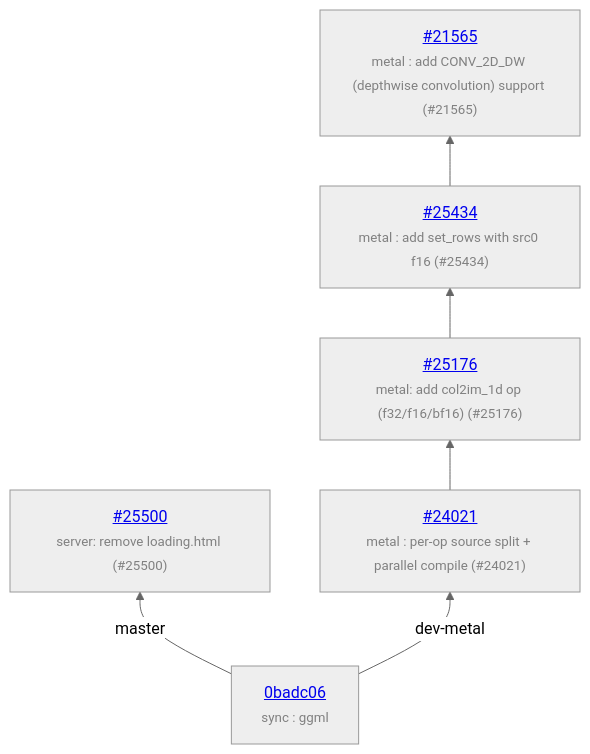
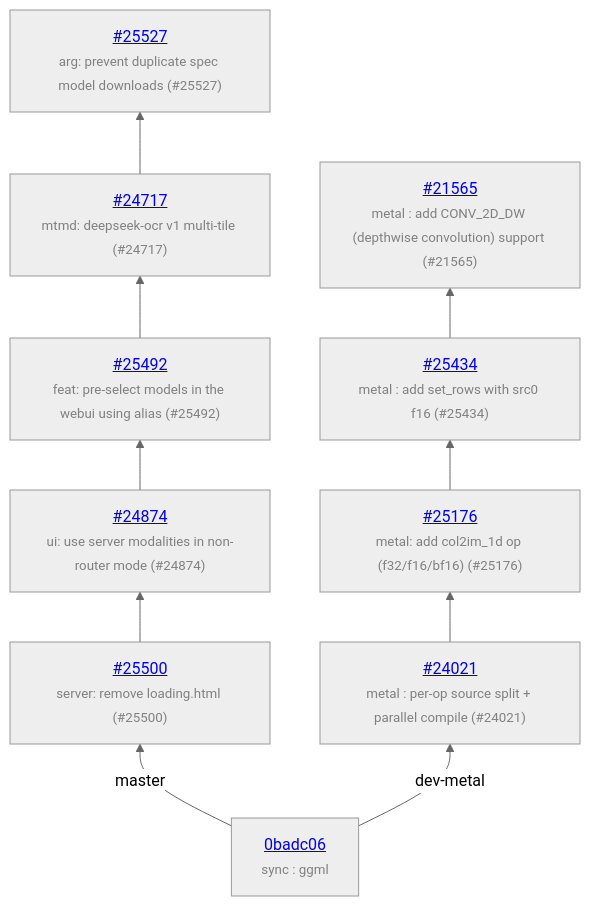
One commit to ggml-org/llama.cpp-dev changed the diagram in README.md. Above: the diagram before and after it, drawn with Mermaid (neutral theme). The commit also changed other lines of this file and 1 other file, not shown here.

Commit message:
auto: update

````diff
--- a/README.md
+++ b/README.md
@@ -13,14 +13,22 @@
 ```mermaid
 graph BT
     COMMON["<a href='https://github.com/ggml-org/llama.cpp/commit/0badc06ab53a8eb96e01242b92ec1365c4465a2a'>0badc06</a><br/><span style='font-size:smaller;color:gray'>sync : ggml</span>"]
     COMMON -->|master| C_a935fbf
     C_a935fbf["<a href='https://github.com/ggml-org/llama.cpp/pull/25500'>#25500</a><br/><span style='font-size:smaller;color:gray'>server: remove loading.html (#25500)</span>"]
+    C_a935fbf --> C_9f623c6
+    C_9f623c6["<a href='https://github.com/ggml-org/llama.cpp/pull/24874'>#24874</a><br/><span style='font-size:smaller;color:gray'>ui: use server modalities in non-router mode (#24874)</span>"]
+    C_9f623c6 --> C_07d9378
+    C_07d9378["<a href='https://github.com/ggml-org/llama.cpp/pull/25492'>#25492</a><br/><span style='font-size:smaller;color:gray'>feat: pre-select models in the webui using alias (#25492)</span>"]
+    C_07d9378 --> C_3e706dd
+    C_3e706dd["<a href='https://github.com/ggml-org/llama.cpp/pull/24717'>#24717</a><br/><span style='font-size:smaller;color:gray'>mtmd: deepseek-ocr v1 multi-tile (#24717)</span>"]
+    C_3e706dd --> C_22b69b6
+    C_22b69b6["<a href='https://github.com/ggml-org/llama.cpp/pull/25527'>#25527</a><br/><span style='font-size:smaller;color:gray'>arg: prevent duplicate spec model downloads (#25527)</span>"]
     COMMON -->|dev-metal| C_3835214
     C_3835214["<a href='https://github.com/ggml-org/llama.cpp/pull/24021'>#24021</a><br/><span style='font-size:smaller;color:gray'>metal : per-op source split + parallel compile (#24021)</span>"]
     C_3835214 --> C_de75555
     C_de75555["<a href='https://github.com/ggml-org/llama.cpp/pull/25176'>#25176</a><br/><span style='font-size:smaller;color:gray'>metal: add col2im_1d op (f32/f16/bf16) (#25176)</span>"]
     C_de75555 --> C_e3ea5de
     C_e3ea5de["<a href='https://github.com/ggml-org/llama.cpp/pull/25434'>#25434</a><br/><span style='font-size:smaller;color:gray'>metal : add set_rows with src0 f16 (#25434)</span>"]
     C_e3ea5de --> C_65dd913
     C_65dd913["<a href='https://github.com/ggml-org/llama.cpp/pull/21565'>#21565</a><br/><span style='font-size:smaller;color:gray'>metal : add CONV_2D_DW (depthwise convolution) support (#21565)</span>"]
 ```
````
